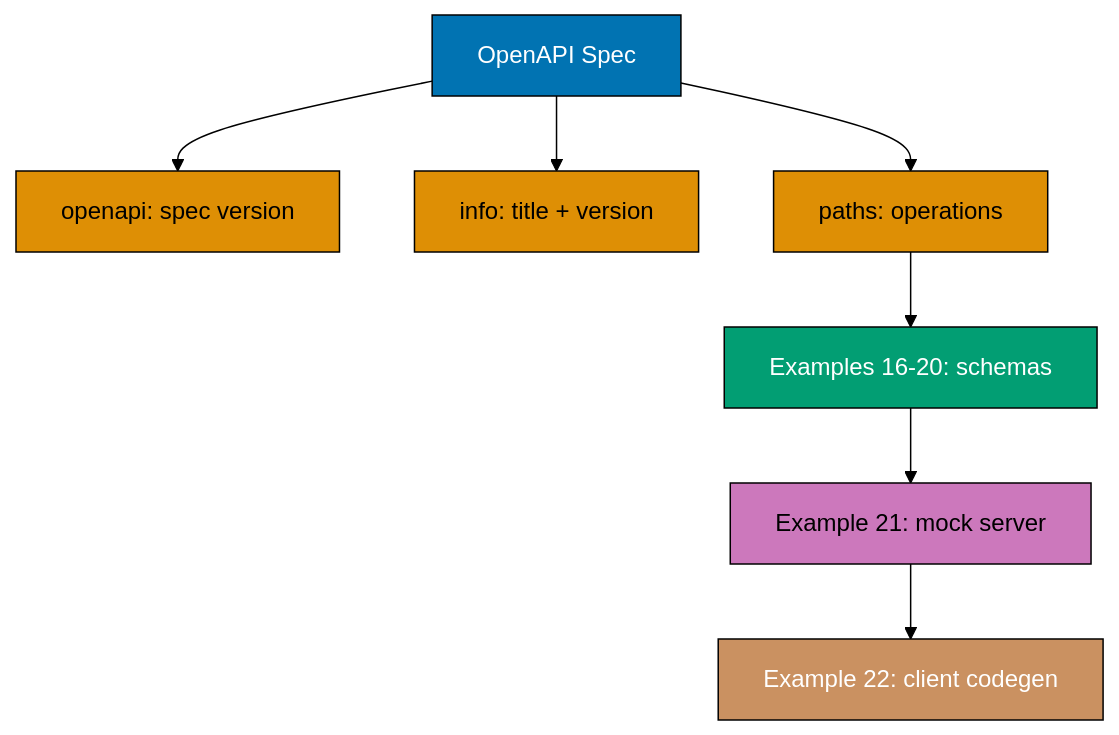
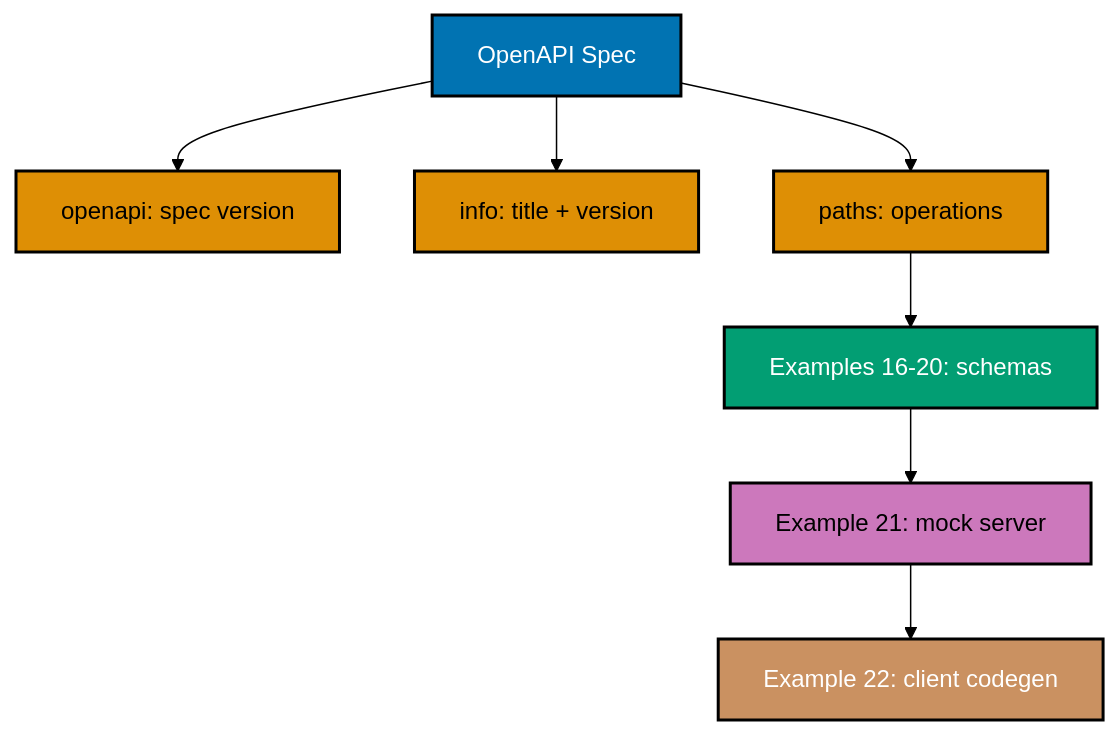
Before and after one commit to wahidyankf/open-sharia-fintech: the fourth of 7 diagrams in apps/ayokoding-www/content/en/learn/courses/api-design/learning/beginner.md, drawn with Mermaid (forest theme). The commit also changed other lines of this file and 6 other files, not shown here.

````diff
--- a/apps/ayokoding-www/content/en/learn/courses/api-design/learning/beginner.md
+++ b/apps/ayokoding-www/content/en/learn/courses/api-design/learning/beginner.md
@@ -1051,18 +1057,21 @@
 ```mermaid
 %% Color Palette: Blue #0173B2, Orange #DE8F05, Teal #029E73, Purple #CC78BC, Brown #CA9161
 graph TD
     A[OpenAPI Spec] --> B["openapi: spec version"]
     A --> C["info: title + version"]
     A --> D["paths: operations"]
     D --> E[Examples 16-20: schemas]
     E --> F[Example 21: mock server]
     F --> G[Example 22: client codegen]
 
-    style A fill:#0173B2,stroke:#000,color:#fff
-    style B fill:#DE8F05,stroke:#000,color:#000
-    style C fill:#DE8F05,stroke:#000,color:#000
-    style D fill:#DE8F05,stroke:#000,color:#000
-    style E fill:#029E73,stroke:#000,color:#fff
-    style F fill:#CC78BC,stroke:#000,color:#000
-    style G fill:#CA9161,stroke:#000,color:#fff
+    classDef blue fill:#0173B2,stroke:#000000,color:#FFFFFF,stroke-width:2px
+    classDef orange fill:#DE8F05,stroke:#000000,color:#000000,stroke-width:2px
+    classDef teal fill:#029E73,stroke:#000000,color:#FFFFFF,stroke-width:2px
+    classDef purple fill:#CC78BC,stroke:#000000,color:#000000,stroke-width:2px
+    classDef brown fill:#CA9161,stroke:#000000,color:#FFFFFF,stroke-width:2px
+    class A blue
+    class B,C,D orange
+    class E teal
+    class F purple
+    class G brown
 ```
````
